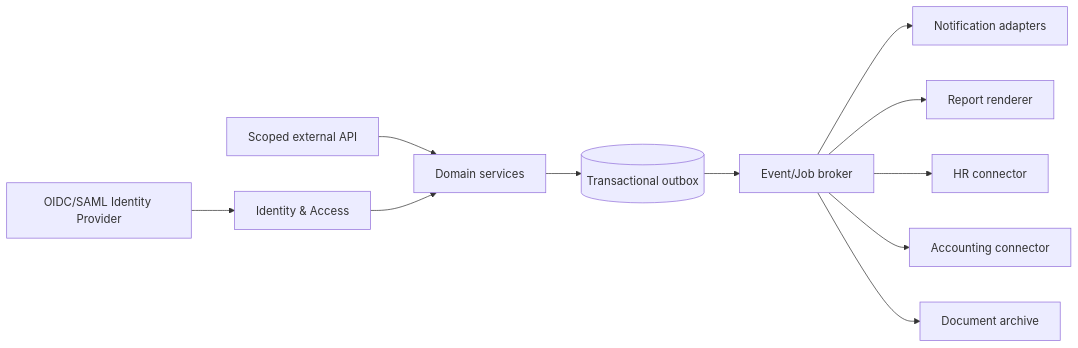
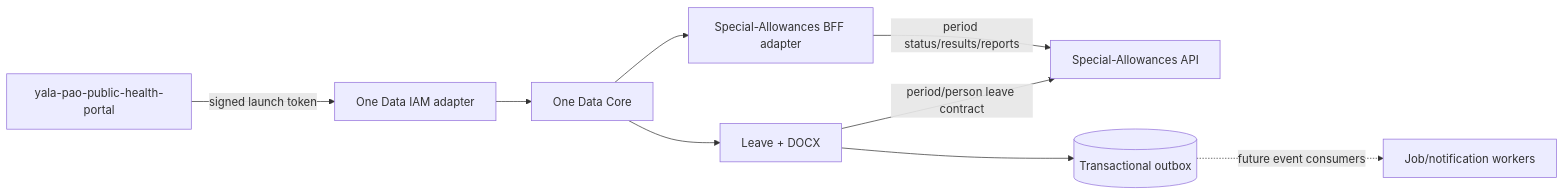
Diagram 12 of 13 in One Data System - Reimplementation Blueprint.md (sarifmanung/One-Data-System-YalaPao), drawn with Mermaid before and after one commit. The commit also changed other lines of this file, not shown here.

Commit message:
docs: update leave-first integration blueprint v1.5

````diff
--- a/One Data System - Reimplementation Blueprint.md
+++ b/One Data System - Reimplementation Blueprint.md
@@ -1149,13 +1217,11 @@
 ```mermaid
 flowchart LR
-    Core[Domain services] --> Outbox[(Transactional outbox)]
-    Outbox --> Bus[Event/Job broker]
-    Bus --> Notify[Notification adapters]
-    Bus --> Docs[Report renderer]
-    Bus --> HR[HR connector]
-    Bus --> Finance[Accounting connector]
-    Bus --> Archive[Document archive]
-    API[Scoped external API] --> Core
-    SSO[OIDC/SAML Identity Provider] --> IAM[Identity & Access]
-    IAM --> Core
+    Portal[yala-pao-public-health-portal] -->|signed launch token| IAM[One Data IAM adapter]
+    IAM --> Core[One Data Core]
+    Core --> Leave[Leave + DOCX]
+    Leave -->|period/person leave contract| SpecialAPI[Special-Allowances API]
+    Core --> Adapter[Special-Allowances BFF adapter]
+    Adapter -->|period status/results/reports| SpecialAPI
+    Leave --> Outbox[(Transactional outbox)]
+    Outbox -. future event consumers .-> Jobs[Job/notification workers]
 ```
````
